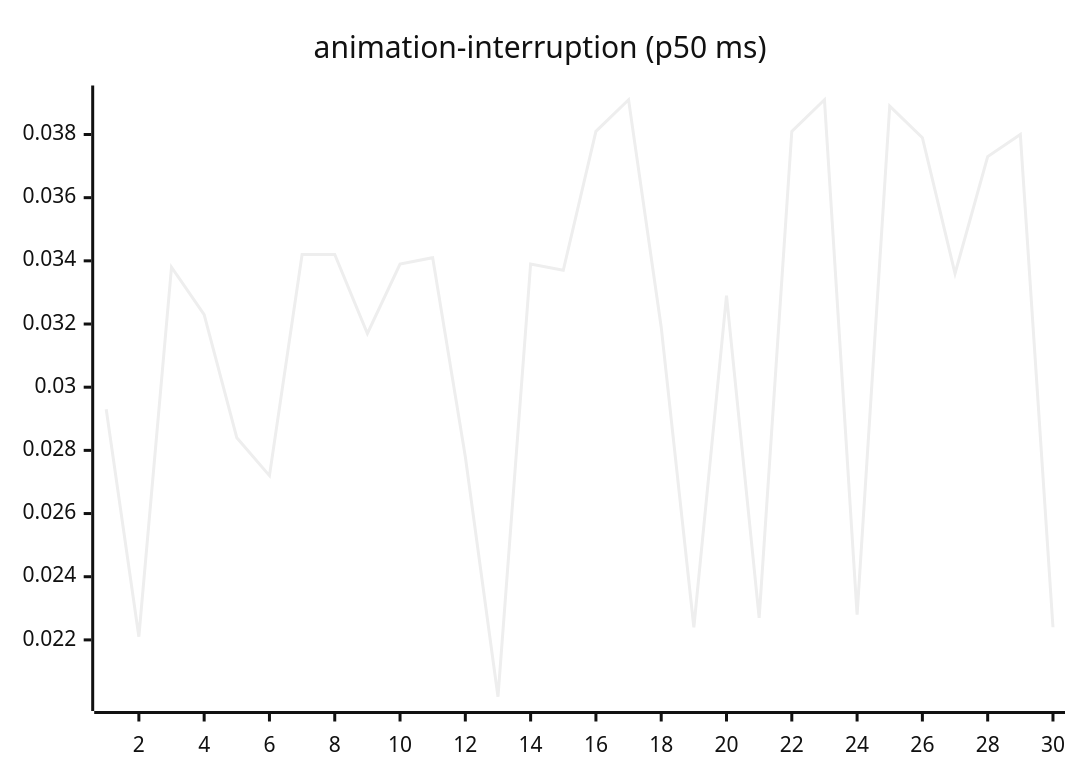
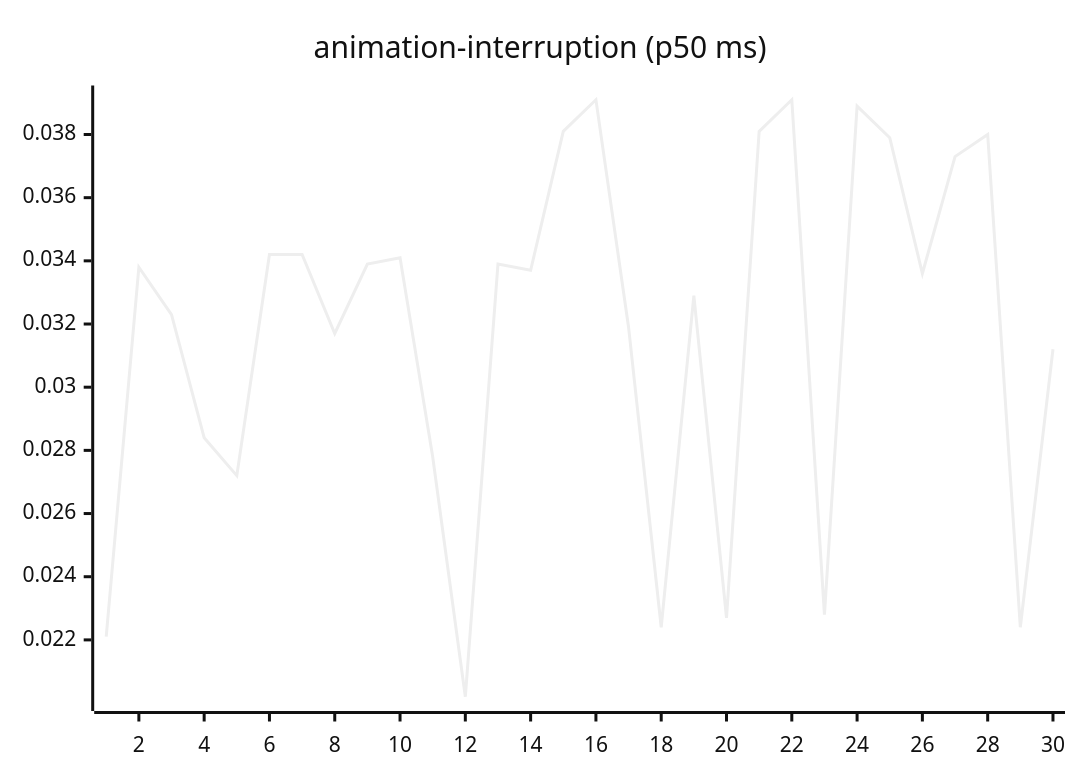
The third of 27 diagrams in README.md (josha/Facet), drawn with Mermaid (neutral theme) before and after one commit. The commit also changed other lines of this file and 2 other files, not shown here.

````diff
--- a/README.md
+++ b/README.md
@@ -77,6 +77,6 @@
 ```mermaid
 xychart-beta
     title "animation-interruption (p50 ms)"
     x-axis 1 --> 30
-    line [0.0293, 0.0221, 0.0338, 0.0323, 0.0284, 0.0272, 0.0342, 0.0342, 0.0317, 0.0339, 0.0341, 0.0278, 0.0202, 0.0339, 0.0337, 0.0381, 0.0391, 0.0319, 0.0224, 0.0329, 0.0227, 0.0381, 0.0391, 0.0228, 0.0389, 0.0379, 0.0336, 0.0373, 0.0380, 0.0224]
+    line [0.0221, 0.0338, 0.0323, 0.0284, 0.0272, 0.0342, 0.0342, 0.0317, 0.0339, 0.0341, 0.0278, 0.0202, 0.0339, 0.0337, 0.0381, 0.0391, 0.0319, 0.0224, 0.0329, 0.0227, 0.0381, 0.0391, 0.0228, 0.0389, 0.0379, 0.0336, 0.0373, 0.0380, 0.0224, 0.0312]
 ```
````
